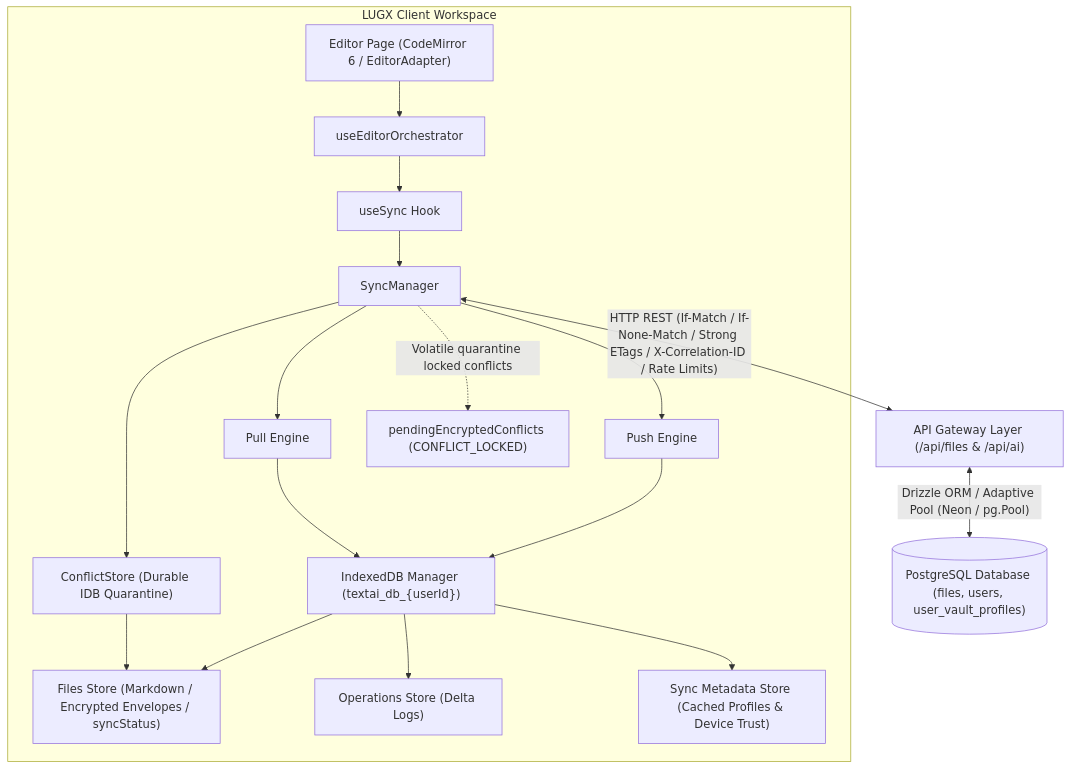
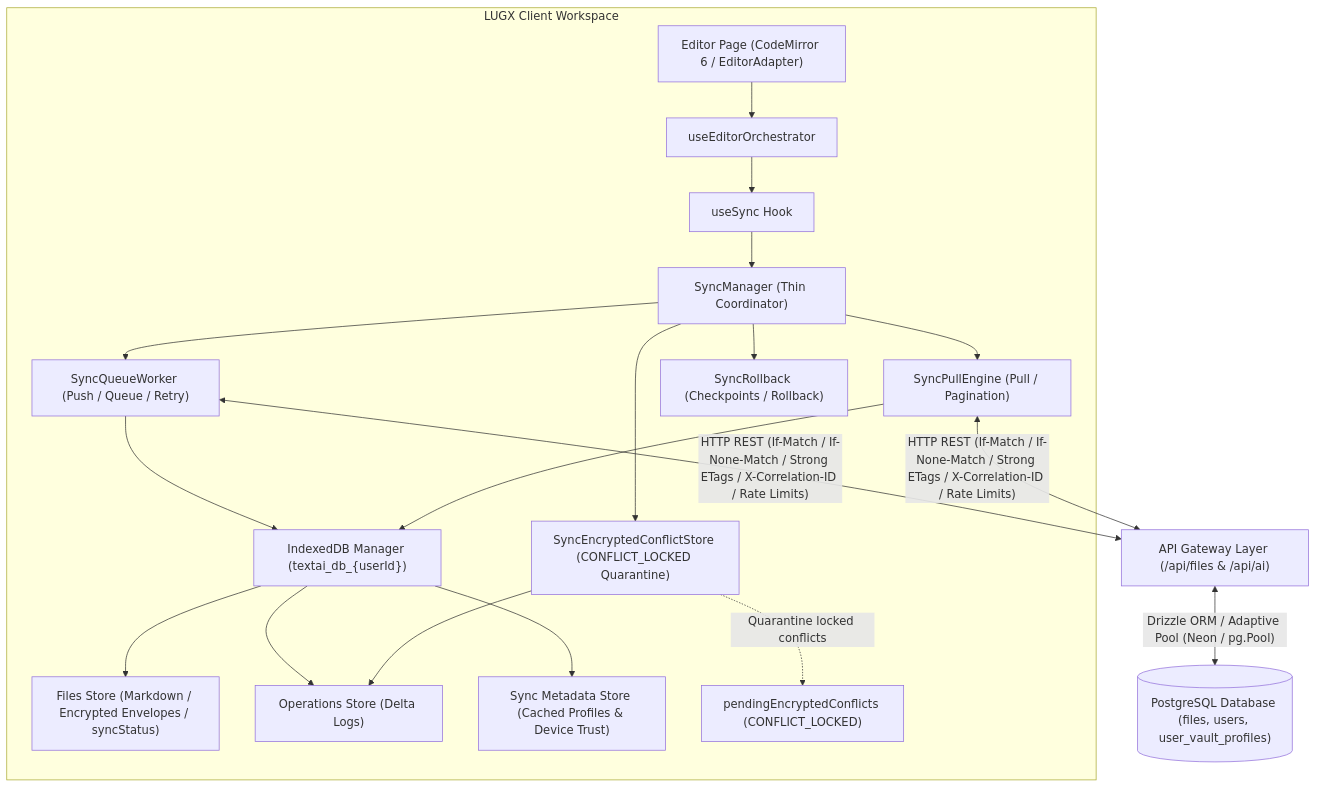
One commit to Abdullah931-stack/LUGX changed the first of 4 diagrams in docs/architecture/sync/sync-architecture-overview.md. Above: the diagram before and after it, drawn with Mermaid. The commit also changed other lines of this file and 12 other files, not shown here.

````diff
--- a/docs/architecture/sync/sync-architecture-overview.md
+++ b/docs/architecture/sync/sync-architecture-overview.md
@@ -7,20 +7,21 @@
 ```mermaid
 graph TD
     subgraph ClientLayer["LUGX Client Workspace"]
         Page["Editor Page (CodeMirror 6 / EditorAdapter)"] --> Orch["useEditorOrchestrator"]
         Orch --> Hook["useSync Hook"]
-        Hook --> SyncMgr["SyncManager"]
-        SyncMgr --> Push["Push Engine"]
-        SyncMgr --> Pull["Pull Engine"]
-        Push & Pull --> IDBMgr["IndexedDB Manager (textai_db_{userId})"]
+        Hook --> SyncMgr["SyncManager (Thin Coordinator)"]
+        SyncMgr --> QueueWorker["SyncQueueWorker (Push / Queue / Retry)"]
+        SyncMgr --> PullEngine["SyncPullEngine (Pull / Pagination)"]
+        SyncMgr --> ConflictStore["SyncEncryptedConflictStore (CONFLICT_LOCKED Quarantine)"]
+        SyncMgr --> Rollback["SyncRollback (Checkpoints / Rollback)"]
+        QueueWorker & PullEngine --> IDBMgr["IndexedDB Manager (textai_db_{userId})"]
         IDBMgr --> IDBFiles["Files Store (Markdown / Encrypted Envelopes / syncStatus)"]
         IDBMgr --> IDBOps["Operations Store (Delta Logs)"]
         IDBMgr --> IDBMeta["Sync Metadata Store (Cached Profiles & Device Trust)"]
-        SyncMgr --> ConflictStore["ConflictStore (Durable IDB Quarantine)"]
-        ConflictStore --> IDBFiles
-        SyncMgr -.->|"Volatile quarantine locked conflicts"| Quarantine["pendingEncryptedConflicts (CONFLICT_LOCKED)"]
+        ConflictStore --> IDBOps
+        ConflictStore -.->|"Quarantine locked conflicts"| Quarantine["pendingEncryptedConflicts (CONFLICT_LOCKED)"]
     end
 
-    SyncMgr <-->|"HTTP REST (If-Match / If-None-Match / Strong ETags / X-Correlation-ID / Rate Limits)"| APILayer["API Gateway Layer (/api/files & /api/ai)"]
+    QueueWorker & PullEngine <-->|"HTTP REST (If-Match / If-None-Match / Strong ETags / X-Correlation-ID / Rate Limits)"| APILayer["API Gateway Layer (/api/files & /api/ai)"]
     APILayer <-->|"Drizzle ORM / Adaptive Pool (Neon / pg.Pool)"| DBLayer[("PostgreSQL Database (files, users, user_vault_profiles)")]
 ```
````
